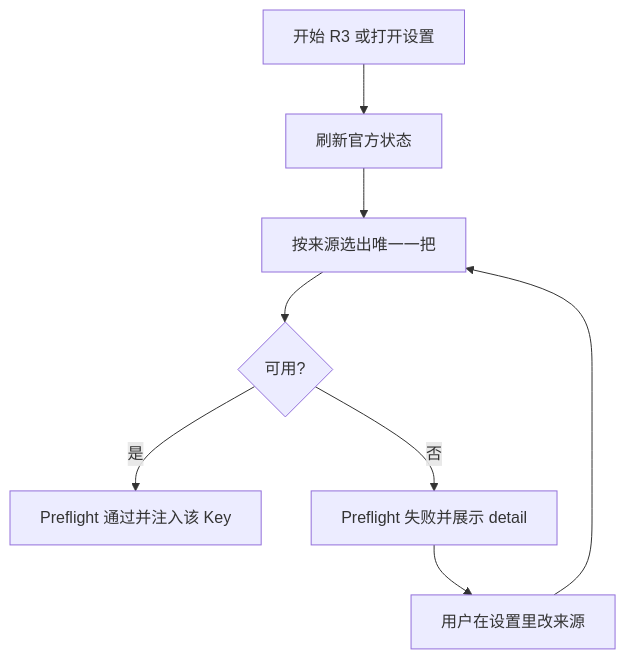
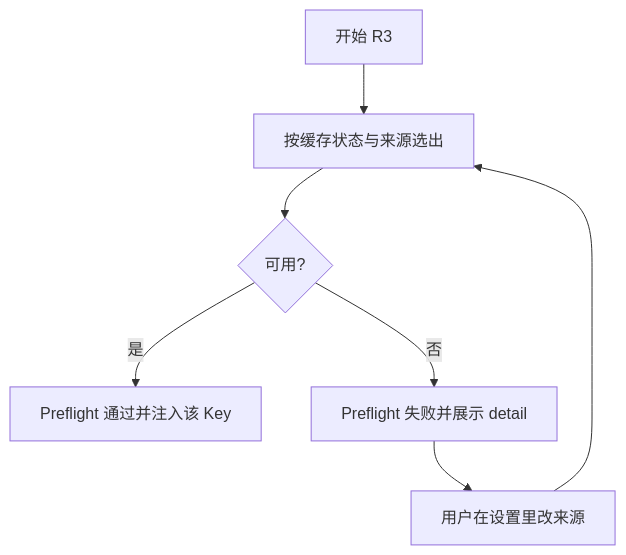
Before and after one commit to Pedro-MAFS/ftcs: the diagram in docs/design/US-PK-C-04-与BYOK并存及停用提示.md, drawn with Mermaid. The commit also changed other lines of this file and 3 other files, not shown here.

````diff
--- a/docs/design/US-PK-C-04-与BYOK并存及停用提示.md
+++ b/docs/design/US-PK-C-04-与BYOK并存及停用提示.md
@@ -139,18 +139,16 @@
 ```mermaid
 flowchart TD
-  start[开始 R3 或打开设置]
-  refresh[刷新官方状态]
-  pick[按来源选出唯一一把]
+  start[开始 R3]
+  pick[按缓存状态与来源选出]
   ok{可用?}
   run[Preflight 通过并注入该 Key]
   block[Preflight 失败并展示 detail]
   switch[用户在设置里改来源]
 
-  start --> refresh
-  refresh --> pick
+  start --> pick
   pick --> ok
   ok -->|是| run
   ok -->|否| block
   block --> switch
   switch --> pick
 ```
````
